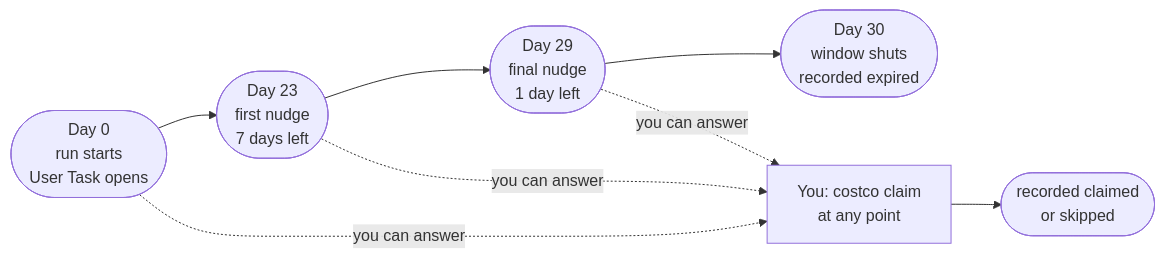
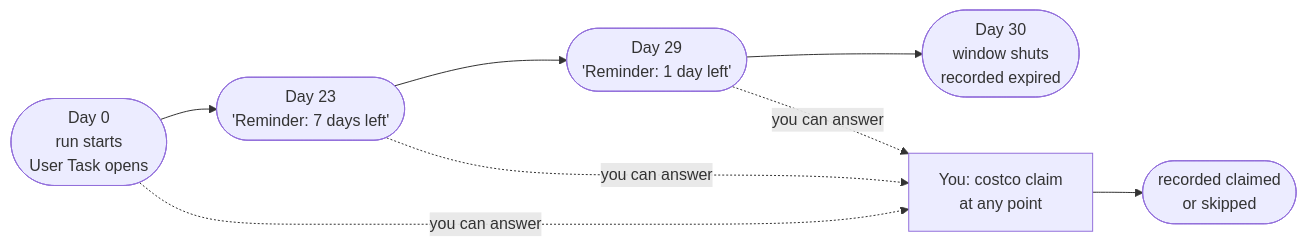
The second of 2 diagrams in docs/ARCHITECTURE.md (mdkocher/costco-cli), drawn with Mermaid before and after one commit. The commit also changed other lines of this file and 1 other file, not shown here.

````diff
--- a/docs/ARCHITECTURE.md
+++ b/docs/ARCHITECTURE.md
@@ -61,15 +61,15 @@
 ```mermaid
 flowchart LR
     d0(["Day 0<br/>run starts<br/>User Task opens"])
-    d23(["Day 23<br/>first nudge<br/>7 days left"])
-    d29(["Day 29<br/>final nudge<br/>1 day left"])
+    d23(["Day 23<br/>'Reminder: 7 days left'"])
+    d29(["Day 29<br/>'Reminder: 1 day left'"])
     d30(["Day 30<br/>window shuts<br/>recorded expired"])
     you["You: costco claim<br/>at any point"]
     done(["recorded claimed<br/>or skipped"])
 
     d0 --> d23 --> d29 --> d30
     you --> done
     d0 -. you can answer .-> you
     d23 -. you can answer .-> you
     d29 -. you can answer .-> you
 ```
````
